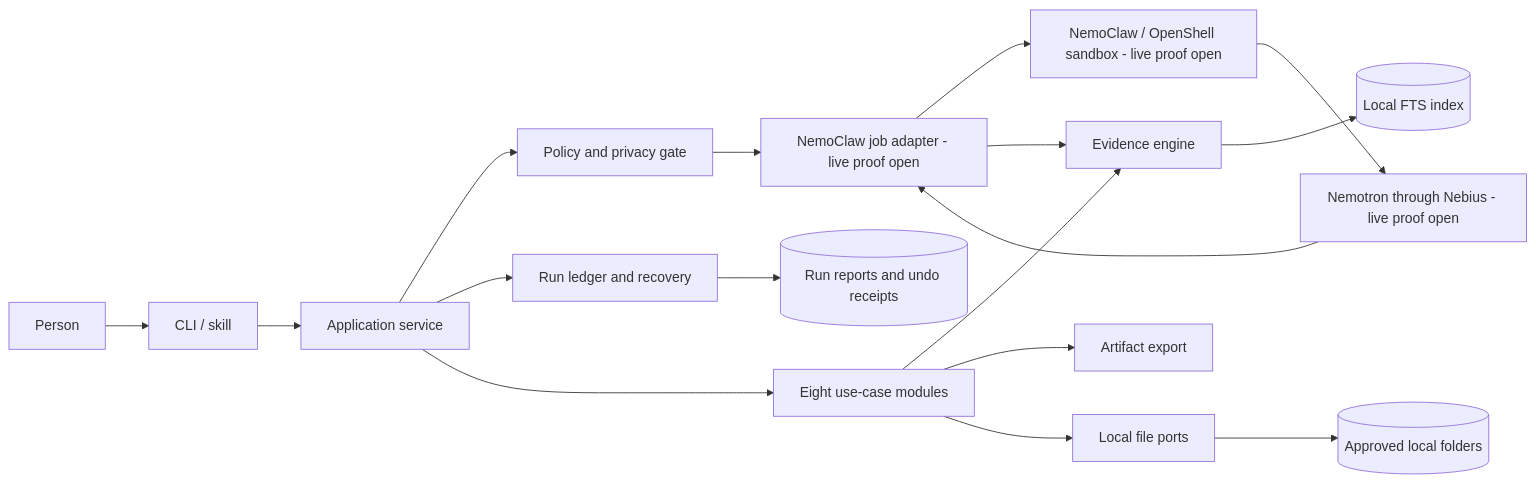
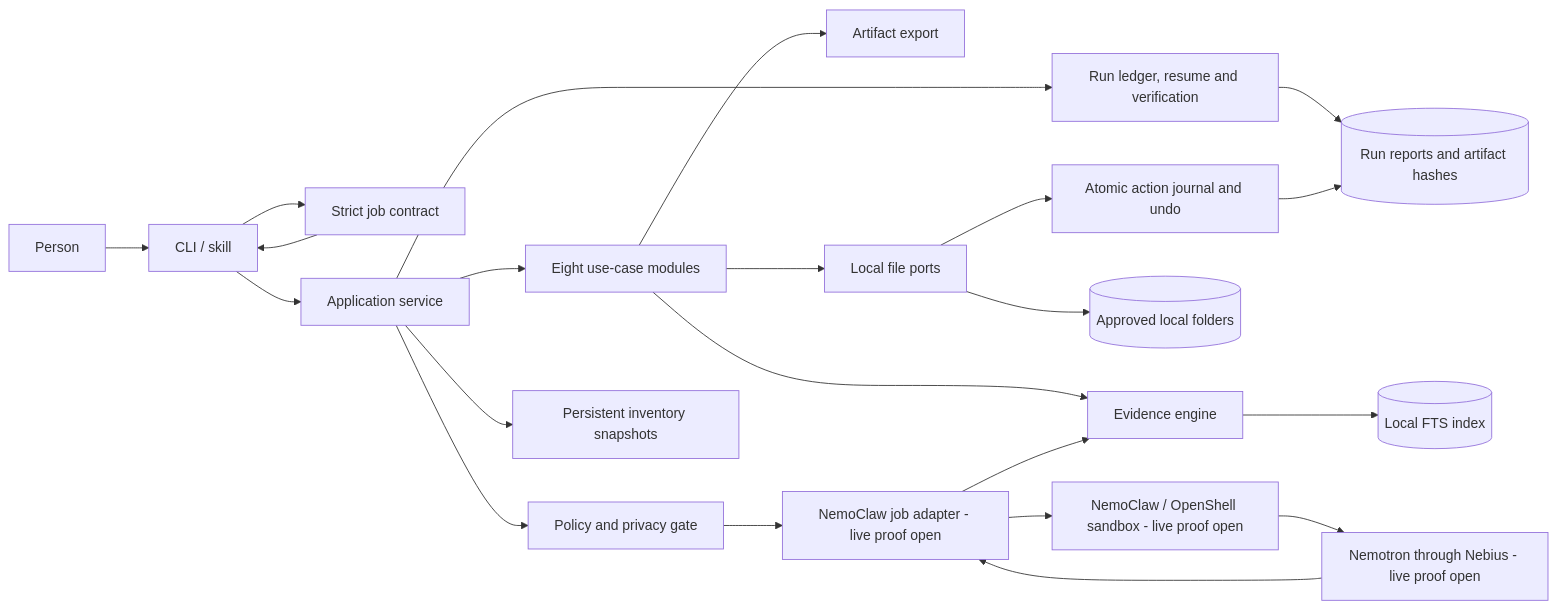
One commit to ellmos-ai/NemoFold changed the diagram in docs/architecture.md. Above: the diagram before and after it, drawn with Mermaid. The commit also changed other lines of this file and 47 other files, not shown here.

````diff
--- a/docs/architecture.md
+++ b/docs/architecture.md
@@ -6,19 +6,24 @@
 ```mermaid
 flowchart LR
     U[Person] --> CLI[CLI / skill]
+    CLI --> JOB[Strict job contract]
+    JOB --> CLI
     CLI --> APP[Application service]
     APP --> POLICY[Policy and privacy gate]
-    APP --> LEDGER[Run ledger and recovery]
+    APP --> LEDGER[Run ledger, resume and verification]
     APP --> MODULES[Eight use-case modules]
+    APP --> INV[Persistent inventory snapshots]
     MODULES --> EVIDENCE[Evidence engine]
     MODULES --> EXPORT[Artifact export]
     MODULES --> FILES[Local file ports]
     FILES --> LOCAL[(Approved local folders)]
     EVIDENCE --> INDEX[(Local FTS index)]
+    FILES --> JOURNAL[Atomic action journal and undo]
     POLICY --> ADAPTER[NemoClaw job adapter - live proof open]
     ADAPTER --> OPEN[NemoClaw / OpenShell sandbox - live proof open]
     OPEN --> NEMO[Nemotron through Nebius - live proof open]
     NEMO --> ADAPTER
     ADAPTER --> EVIDENCE
-    LEDGER --> AUDIT[(Run reports and undo receipts)]
+    LEDGER --> AUDIT[(Run reports and artifact hashes)]
+    JOURNAL --> AUDIT
 ```
````
